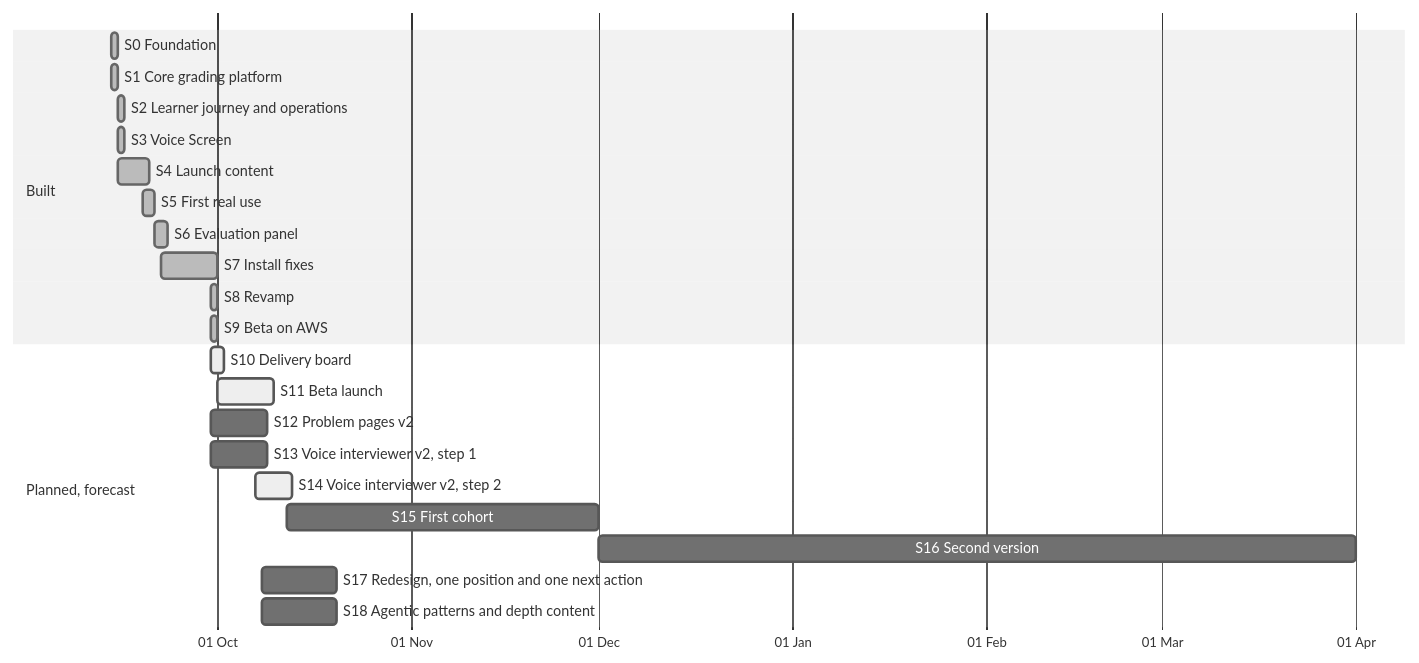
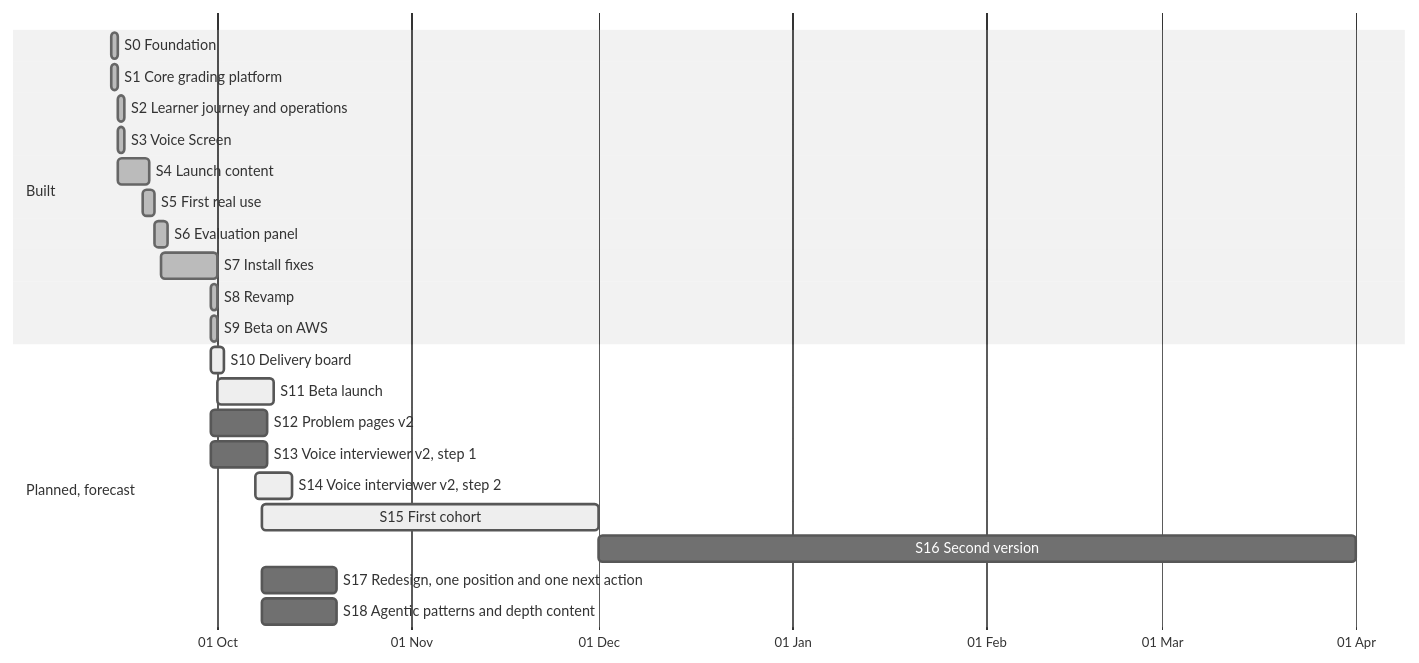
One commit to fde-academy-lab/fdeprep changed the diagram in docs/project/README.md. Above: the diagram before and after it, drawn with Mermaid (neutral theme). The commit also changed other lines of this file and 185 other files, not shown here.

First line of the commit message:
S15 first cohort: one writer for every grade, analytics, the report card, re-grading, and ten integrity and access fixes (#47)

````diff
--- a/docs/project/README.md
+++ b/docs/project/README.md
@@ -28,26 +28,26 @@
 ```mermaid
 gantt
   dateFormat YYYY-MM-DD
   axisFormat %d %b
   section Built
   S0 Foundation :done, s0, 2026-09-14, 1d
   S1 Core grading platform :done, s1, 2026-09-14, 1d
   S2 Learner journey and operations :done, s2, 2026-09-15, 1d
   S3 Voice Screen :done, s3, 2026-09-15, 1d
   S4 Launch content :done, s4, 2026-09-15, 5d
   S5 First real use :done, s5, 2026-09-19, 2d
   S6 Evaluation panel :done, s6, 2026-09-21, 2d
   S7 Install fixes :done, s7, 2026-09-22, 9d
   S8 Revamp :done, s8, 2026-09-30, 1d
   S9 Beta on AWS :done, s9, 2026-09-30, 1d
   section Planned, forecast
   S10 Delivery board :active, s10, 2026-09-30, 2d
   S11 Beta launch :active, s11, 2026-10-01, 9d
   S12 Problem pages v2 :s12, 2026-09-30, 9d
   S13 Voice interviewer v2, step 1 :s13, 2026-09-30, 9d
   S14 Voice interviewer v2, step 2 :active, s14, 2026-10-07, 6d
-  S15 First cohort :s15, 2026-10-12, 50d
+  S15 First cohort :active, s15, 2026-10-08, 54d
   S16 Second version :s16, 2026-12-01, 121d
   S17 Redesign, one position and one next action :s17, 2026-10-08, 12d
   S18 Agentic patterns and depth content :s18, 2026-10-08, 12d
 ```
````
